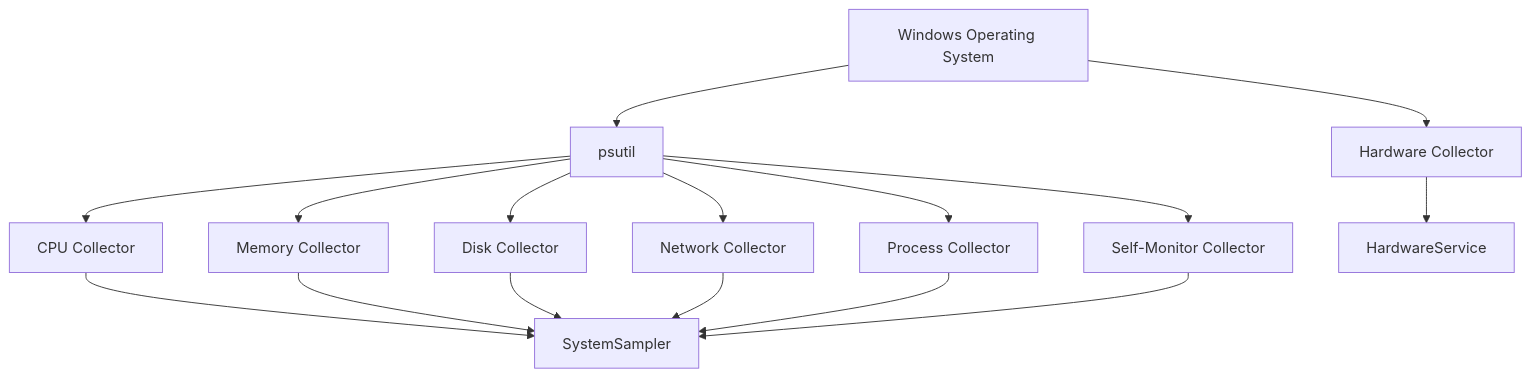
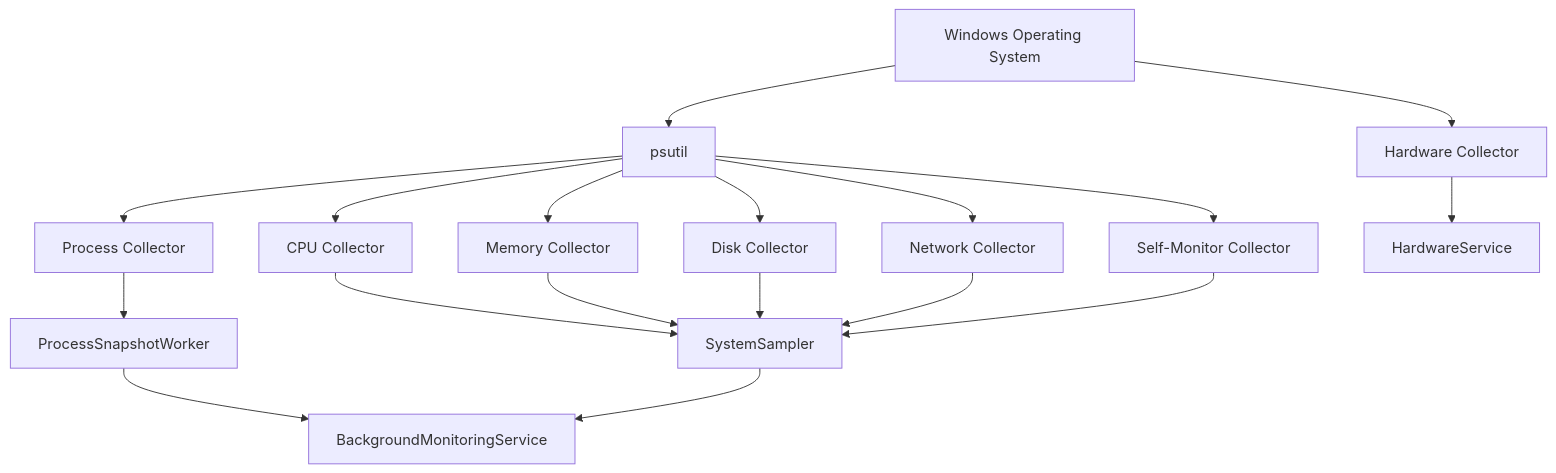
The first of 2 diagrams in docs/collectors.md (IronRon/Sys-Monitor), drawn with Mermaid before and after one commit. The commit also changed other lines of this file and 21 other files, not shown here.

First line of the commit message:
feat: Refactor process monitoring and telemetry integration

````diff
--- a/docs/collectors.md
+++ b/docs/collectors.md
@@ -37,24 +37,27 @@
 ```mermaid
 flowchart TD
     Windows[Windows Operating System]
 
     Windows --> Psutil[psutil]
 
     Psutil --> CPU[CPU Collector]
     Psutil --> Memory[Memory Collector]
     Psutil --> Disk[Disk Collector]
     Psutil --> Network[Network Collector]
     Psutil --> Processes[Process Collector]
     Psutil --> SelfMonitor[Self-Monitor Collector]
 
     Windows --> Hardware[Hardware Collector]
 
     CPU --> Sampler[SystemSampler]
     Memory --> Sampler
     Disk --> Sampler
     Network --> Sampler
-    Processes --> Sampler
     SelfMonitor --> Sampler
+
+    Processes --> ProcessWorker[ProcessSnapshotWorker]
+    ProcessWorker --> Service[BackgroundMonitoringService]
+    Sampler --> Service
 
     Hardware --> HardwareService[HardwareService]
 ```
````
